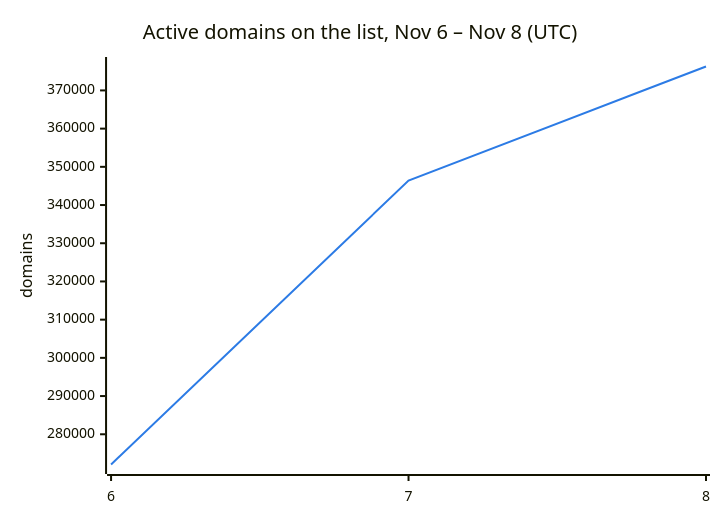
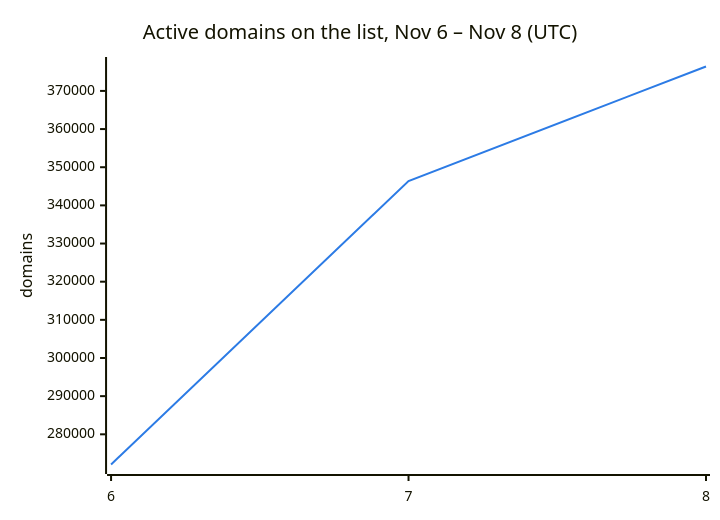
One commit to DNSBunker/CTI changed the second of 3 diagrams in README.md. Above: the diagram before and after it, drawn with Mermaid. The commit also changed other lines of this file and 3 other files, not shown here.

````diff
--- a/README.md
+++ b/README.md
@@ -38,8 +38,8 @@
 ```mermaid
 %%{init: {"themeVariables": {"xyChart": {"plotColorPalette": "#2c7be5"}}}}%%
 xychart-beta
     title "Active domains on the list, Nov 6 – Nov 8 (UTC)"
     x-axis ["6", "7", "8"]
     y-axis "domains"
-    line [272088, 346388, 376259]
+    line [272088, 346388, 376399]
 ```
````
